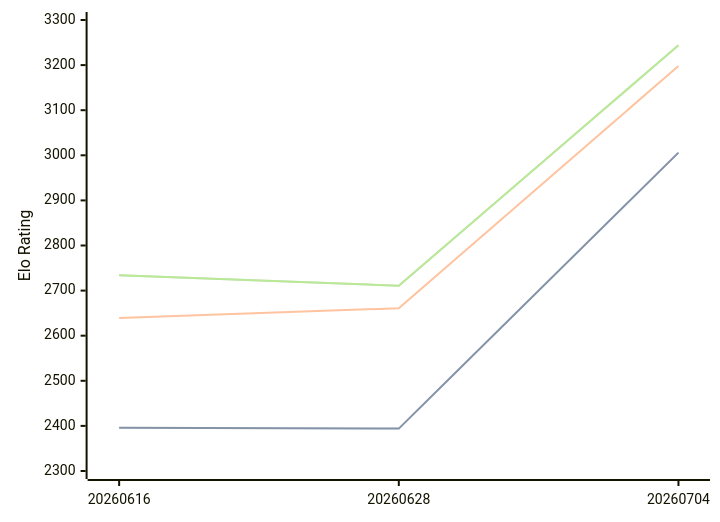
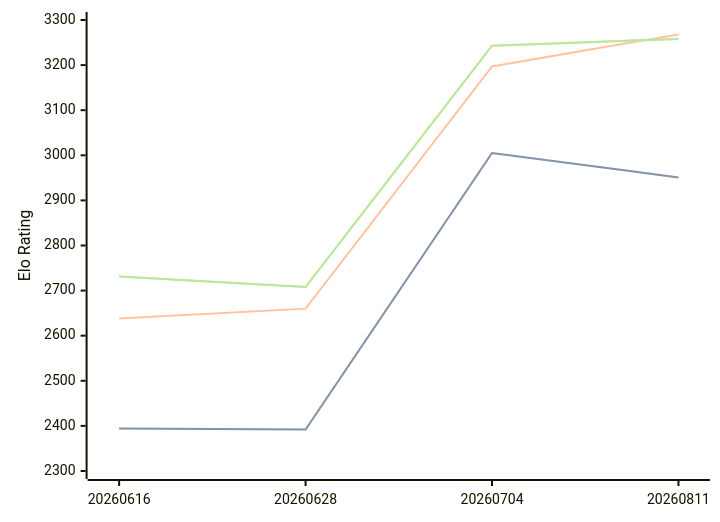
The diagram in engines/Askaig.md (computer-chess-index/cci), drawn with Mermaid before and after one commit. The commit also changed other lines of this file, not shown here.

Commit message:
Update CCI Ratings (ELO VLTC) - 2026-08-12

````diff
--- a/engines/Askaig.md
+++ b/engines/Askaig.md
@@ -35,11 +36,11 @@
 ```mermaid
 %%{init: {"theme":"base","themeVariables":{"seriesColors:['#a3a3a3','#222221','#faa371']}}}%%
 xychart-beta
-  x-axis ["20260616", "20260628", "20260704"]
+  x-axis ["20260616", "20260628", "20260704", "20260811"]
   y-axis "Elo Rating" 2300 --> 3300
-  line "STC (8.0+0.08s)" [2396, 2394, 3006]
-  line "STC (8.0+0.08s)" [2396, 2394, 3006]
-  line "LTC (60.0+0.60s)" [2639, 2661, 3198]
-  line "VLTC (2m24s+1.12s)" [2734, 2711, 3244]
-  line "VLTC (2m24s+1.12s)" [2734, 2711, 3244]
+  line "STC (8.0+0.08s)" [2394, 2392, 3005, 2951]
+  line "STC (8.0+0.08s)" [2394, 2392, 3005, 2951]
+  line "LTC (60.0+0.60s)" [2638, 2660, 3197, 3268]
+  line "VLTC (2m24s+1.12s)" [2731, 2708, 3243, 3258]
+  line "VLTC (2m24s+1.12s)" [2731, 2708, 3243, 3258]
 ```
````
